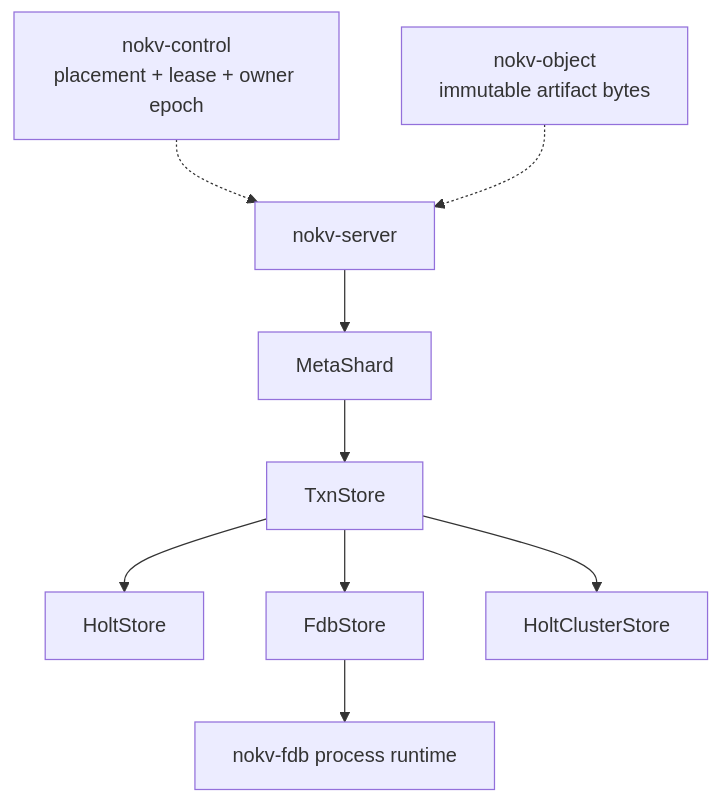
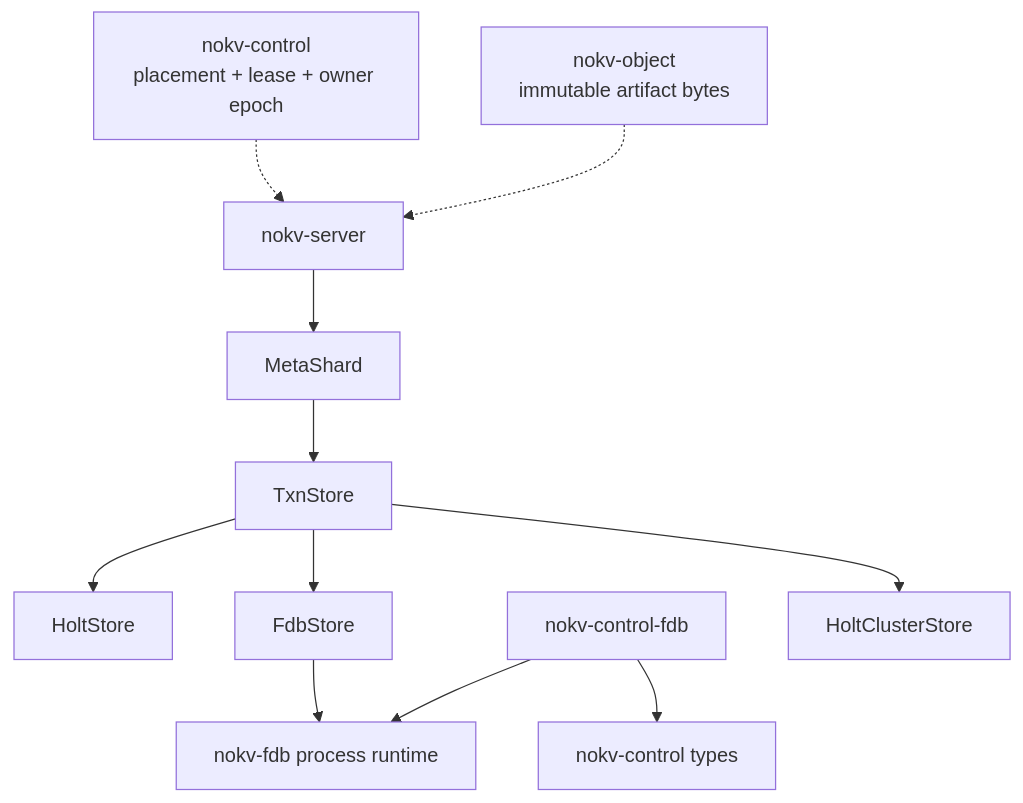
One commit to NoKV-Lab/NoKV changed the first of 2 diagrams in docs/development/metadata-store-interface.md. Above: the diagram before and after it, drawn with Mermaid. The commit also changed other lines of this file and 21 other files, not shown here.

Commit message:
feat: add fdb catalog and ownership control

````diff
--- a/docs/development/metadata-store-interface.md
+++ b/docs/development/metadata-store-interface.md
@@ -85,12 +92,14 @@
 ```mermaid
 flowchart TB
     Server["nokv-server"] --> Meta["MetaShard"]
     Meta --> Store["TxnStore"]
     Store --> Holt["HoltStore"]
     Store --> Fdb["FdbStore"]
     Fdb --> FdbRuntime["nokv-fdb process runtime"]
+    FdbControl["nokv-control-fdb"] --> FdbRuntime
+    FdbControl --> ControlTypes["nokv-control types"]
     Store --> Cluster["HoltClusterStore"]
 
     Control["nokv-control<br/>placement + lease + owner epoch"] -.-> Server
     Object["nokv-object<br/>immutable artifact bytes"] -.-> Server
 ```
````
